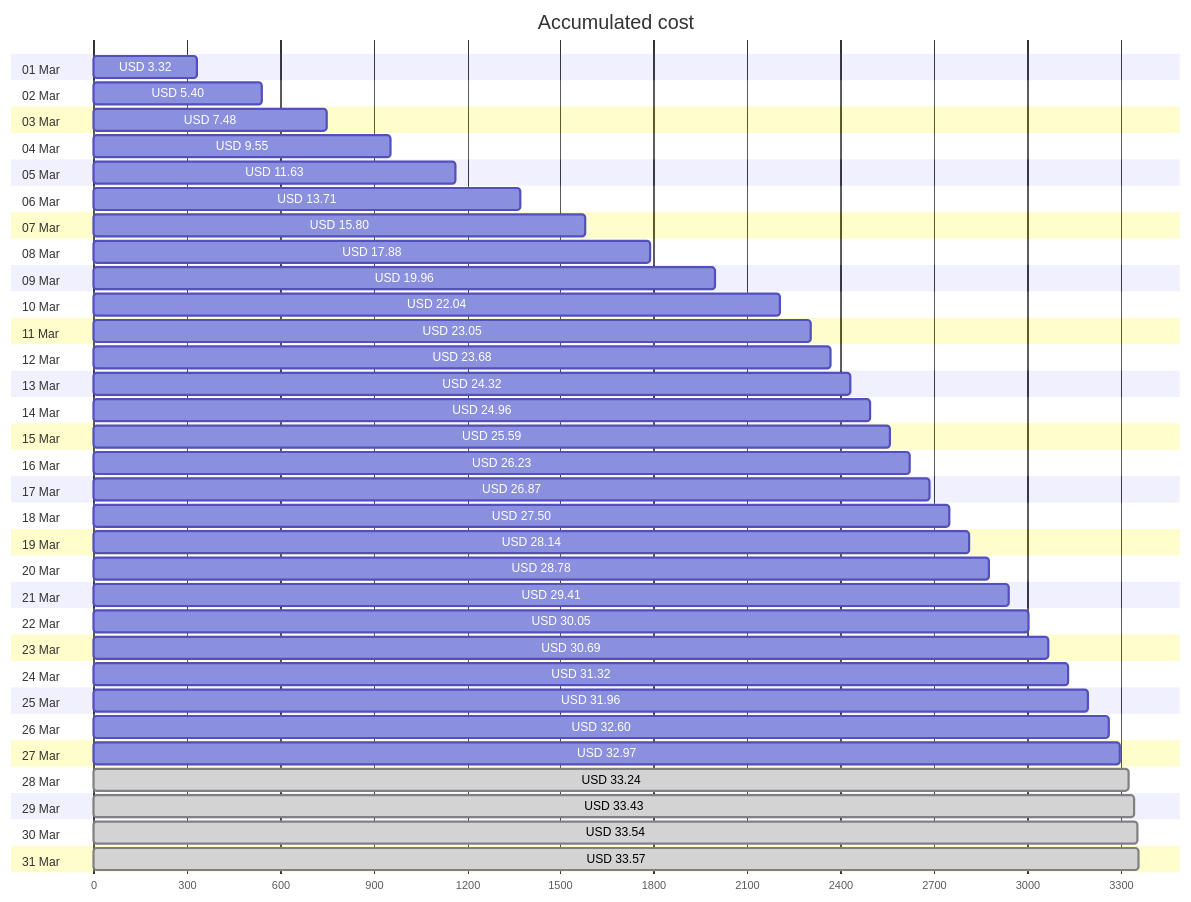
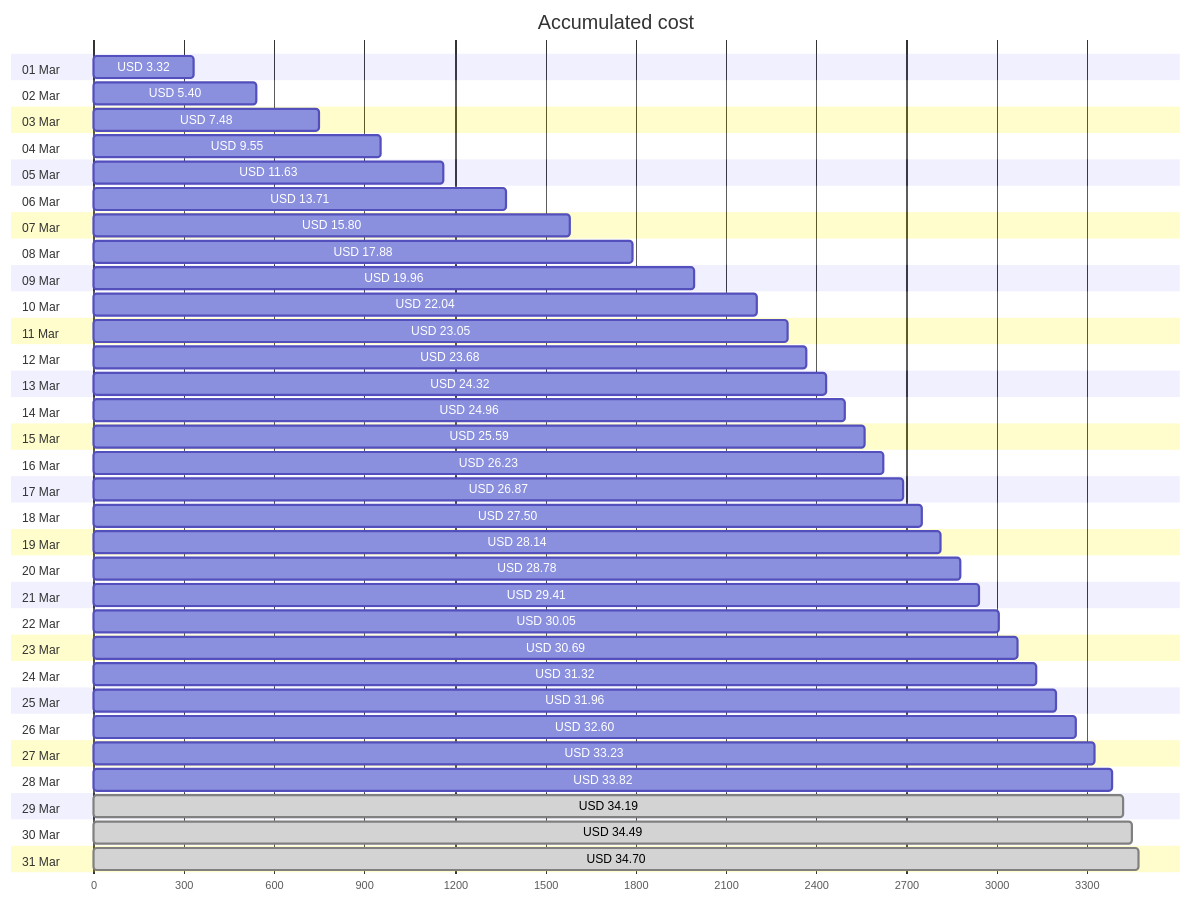
The first of 4 diagrams in cost-reports/accumulated-cost.md (jpfulton/azure-personal-reports), drawn with Mermaid before and after one commit. The commit also changed other lines of this file and 4 other files, not shown here.

````diff
--- a/cost-reports/accumulated-cost.md
+++ b/cost-reports/accumulated-cost.md
@@ -20,68 +20,68 @@
 ```mermaid
 gantt
    title Accumulated cost
    dateFormat  X
    axisFormat %s
    section 01 Mar
    USD 3.32 :0, 332
    section 02 Mar
    USD 5.40 :0, 540
    section 03 Mar
    USD 7.48 :0, 748
    section 04 Mar
    USD 9.55 :0, 955
    section 05 Mar
    USD 11.63 :0, 1163
    section 06 Mar
    USD 13.71 :0, 1371
    section 07 Mar
    USD 15.80 :0, 1580
    section 08 Mar
    USD 17.88 :0, 1788
    section 09 Mar
    USD 19.96 :0, 1996
    section 10 Mar
    USD 22.04 :0, 2204
    section 11 Mar
    USD 23.05 :0, 2305
    section 12 Mar
    USD 23.68 :0, 2368
    section 13 Mar
    USD 24.32 :0, 2432
    section 14 Mar
    USD 24.96 :0, 2496
    section 15 Mar
    USD 25.59 :0, 2559
    section 16 Mar
    USD 26.23 :0, 2623
    section 17 Mar
    USD 26.87 :0, 2687
    section 18 Mar
    USD 27.50 :0, 2750
    section 19 Mar
    USD 28.14 :0, 2814
    section 20 Mar
    USD 28.78 :0, 2878
    section 21 Mar
    USD 29.41 :0, 2941
    section 22 Mar
    USD 30.05 :0, 3005
    section 23 Mar
    USD 30.69 :0, 3069
    section 24 Mar
    USD 31.32 :0, 3132
    section 25 Mar
    USD 31.96 :0, 3196
    section 26 Mar
    USD 32.60 :0, 3260
    section 27 Mar
-   USD 32.97 :0, 3297
+   USD 33.23 :0, 3323
    section 28 Mar
-   USD 33.24 : done, 0, 3324
+   USD 33.82 :0, 3382
    section 29 Mar
-   USD 33.43 : done, 0, 3343
+   USD 34.19 : done, 0, 3419
    section 30 Mar
-   USD 33.54 : done, 0, 3354
+   USD 34.49 : done, 0, 3449
    section 31 Mar
-   USD 33.57 : done, 0, 3357
+   USD 34.70 : done, 0, 3470
 ```
````
